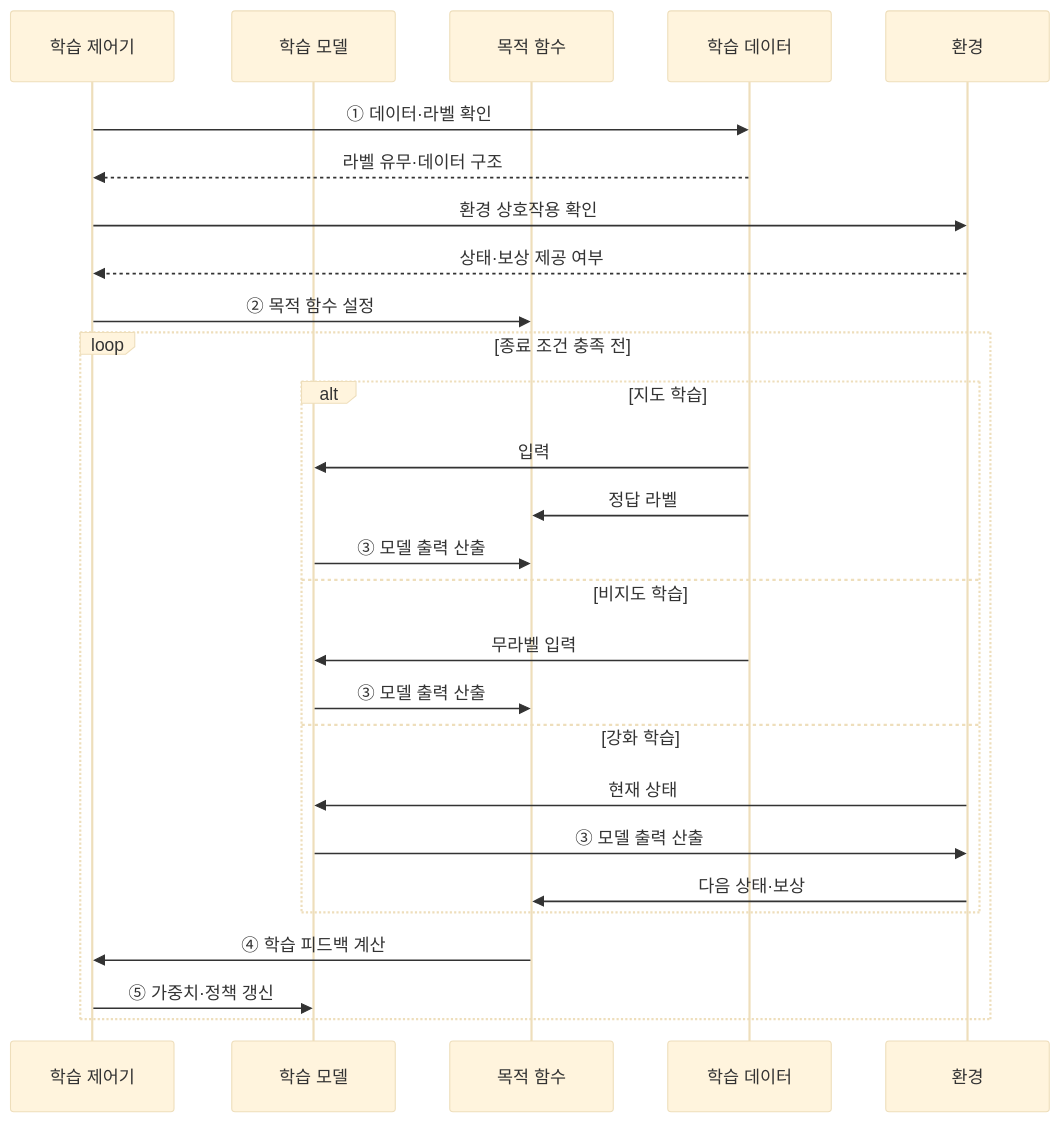
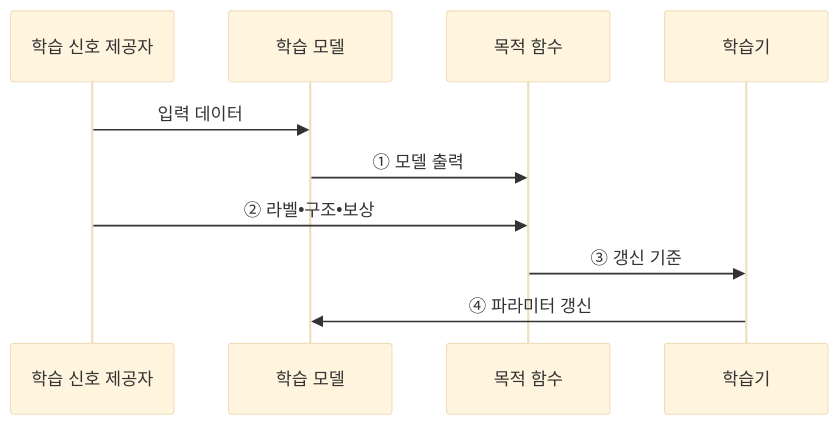
Before and after one commit to agnusdei1207/knowledge-base: the second of 2 diagrams in src/content/docs/notes/01-basic-theory/048_learning_paradigms.md, drawn with Mermaid (base theme). The commit also changed other lines of this file, not shown here.

````diff
--- a/src/content/docs/notes/01-basic-theory/048_learning_paradigms.md
+++ b/src/content/docs/notes/01-basic-theory/048_learning_paradigms.md
@@ -84,29 +76,12 @@
 ```mermaid
 sequenceDiagram
-    participant T as 학습 제어기
+    participant S as 학습 신호 제공자
     participant M as 학습 모델
     participant O as 목적 함수
-    participant D as 학습 데이터
-    participant E as 환경
-    T->>D: ① 데이터·라벨 확인
-    D-->>T: 라벨 유무·데이터 구조
-    T->>E: 환경 상호작용 확인
-    E-->>T: 상태·보상 제공 여부
-    T->>O: ② 목적 함수 설정
-    loop 종료 조건 충족 전
-        alt 지도 학습
-            D->>M: 입력
-            D->>O: 정답 라벨
-            M->>O: ③ 모델 출력 산출
-        else 비지도 학습
-            D->>M: 무라벨 입력
-            M->>O: ③ 모델 출력 산출
-        else 강화 학습
-            E->>M: 현재 상태
-            M->>E: ③ 모델 출력 산출
-            E->>O: 다음 상태·보상
-        end
-        O->>T: ④ 학습 피드백 계산
-        T->>M: ⑤ 가중치·정책 갱신
-    end
+    participant T as 학습기
+    S->>M: 입력 데이터
+    M->>O: ① 모델 출력
+    S->>O: ② 라벨•구조•보상
+    O->>T: ③ 갱신 기준
+    T->>M: ④ 파라미터 갱신
 ```
````
